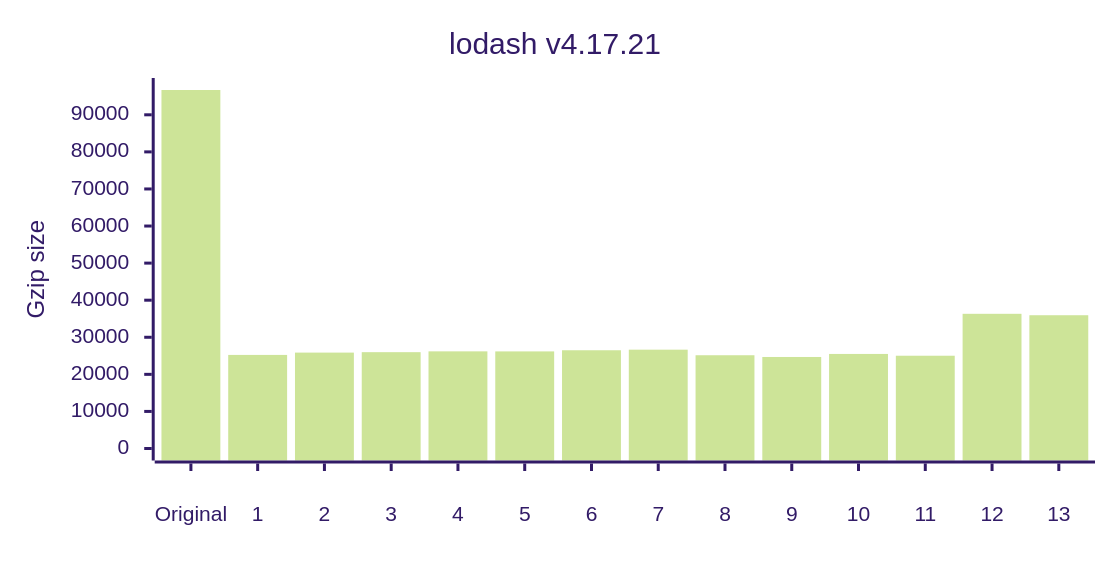
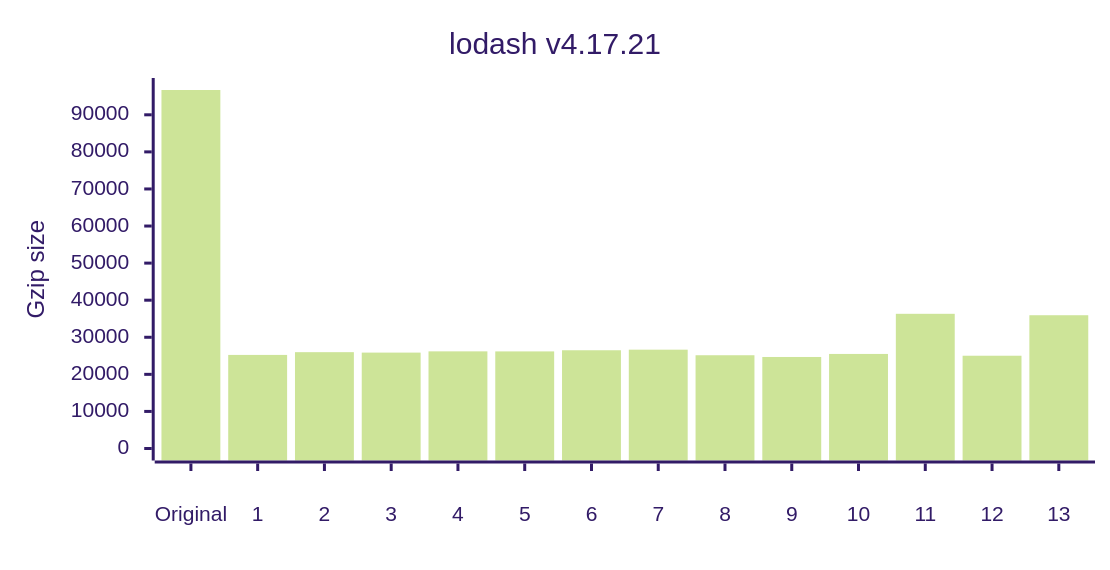
The fifth of 12 diagrams in README.md (privatenumber/minification-benchmarks), drawn with Mermaid (forest theme) before and after one commit. The commit also changed other lines of this file, not shown here.

````diff
--- a/README.md
+++ b/README.md
@@ -250,17 +250,17 @@
 ```mermaid
 ---
 config:
     xyChart:
         width: 720
         height: 360
         xAxis:
             labelPadding: 20
         yAxis:
             labelPadding: 10
 ---
 xychart-beta
 	title "lodash v4.17.21"
 	x-axis ["Original",1,2,3,4,5,6,7,8,9,10,11,12,13]
 	y-axis "Gzip size" 0 --> 96690
-	bar [96690,25240,25862,25979,26200,26187,26498,26655,25152,24686,25503,25022,36327,35944]
+	bar [96690,25240,25979,25862,26200,26187,26498,26655,25152,24686,25503,36327,25022,35944]
 ```
````
